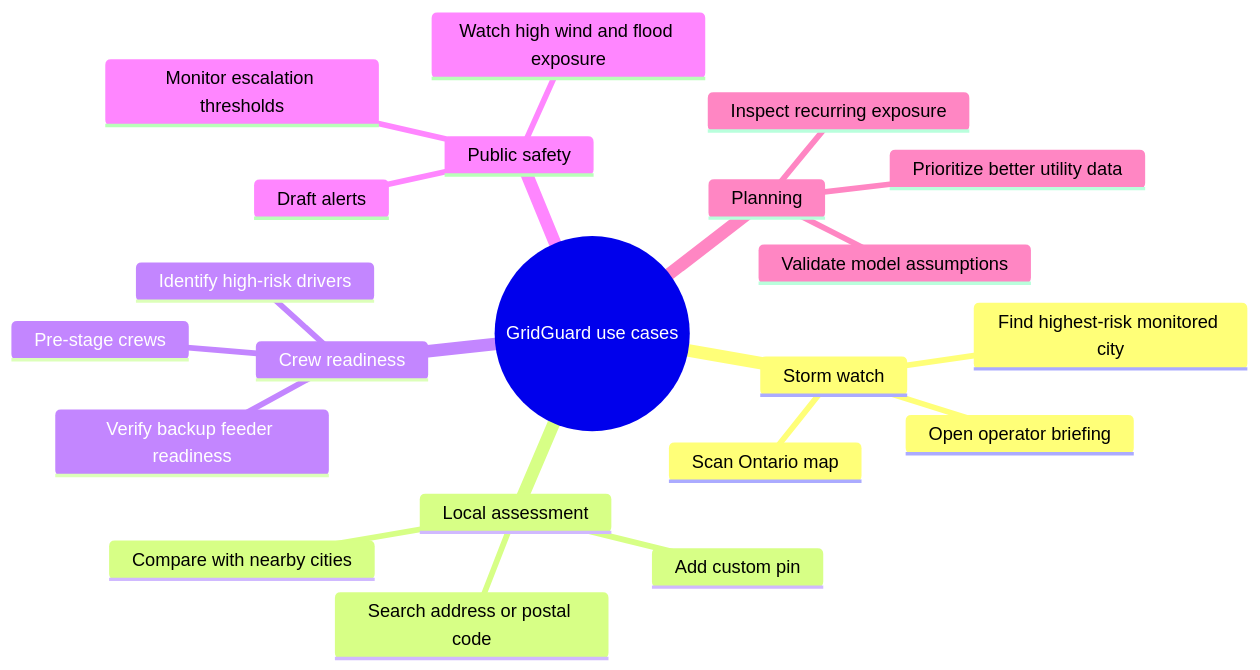
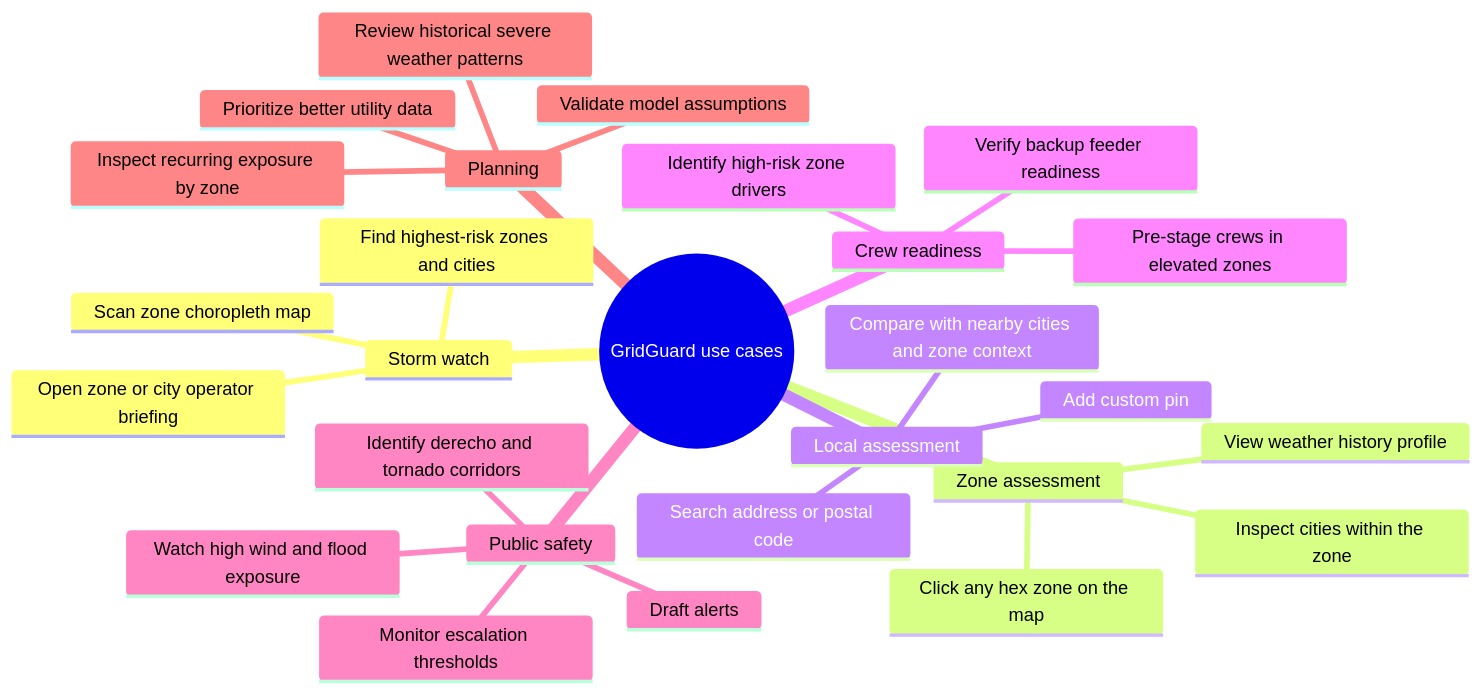
Before and after one commit to bmar1/voltex: the first of 5 diagrams in docs/02-product-methodology-and-use-cases.md, drawn with Mermaid. The commit also changed other lines of this file and 13 other files, not shown here.

````diff
--- a/docs/02-product-methodology-and-use-cases.md
+++ b/docs/02-product-methodology-and-use-cases.md
@@ -50,24 +52,30 @@
 ```mermaid
 mindmap
   root((GridGuard use cases))
     Storm watch
-      Scan Ontario map
-      Find highest-risk monitored city
-      Open operator briefing
+      Scan zone choropleth map
+      Find highest-risk zones and cities
+      Open zone or city operator briefing
+    Zone assessment
+      Click any hex zone on the map
+      View weather history profile
+      Inspect cities within the zone
     Local assessment
       Search address or postal code
       Add custom pin
-      Compare with nearby cities
+      Compare with nearby cities and zone context
     Crew readiness
-      Identify high-risk drivers
-      Pre-stage crews
+      Identify high-risk zone drivers
+      Pre-stage crews in elevated zones
       Verify backup feeder readiness
     Public safety
       Watch high wind and flood exposure
+      Identify derecho and tornado corridors
       Draft alerts
       Monitor escalation thresholds
     Planning
-      Inspect recurring exposure
+      Inspect recurring exposure by zone
+      Review historical severe weather patterns
       Prioritize better utility data
       Validate model assumptions
 ```
````
